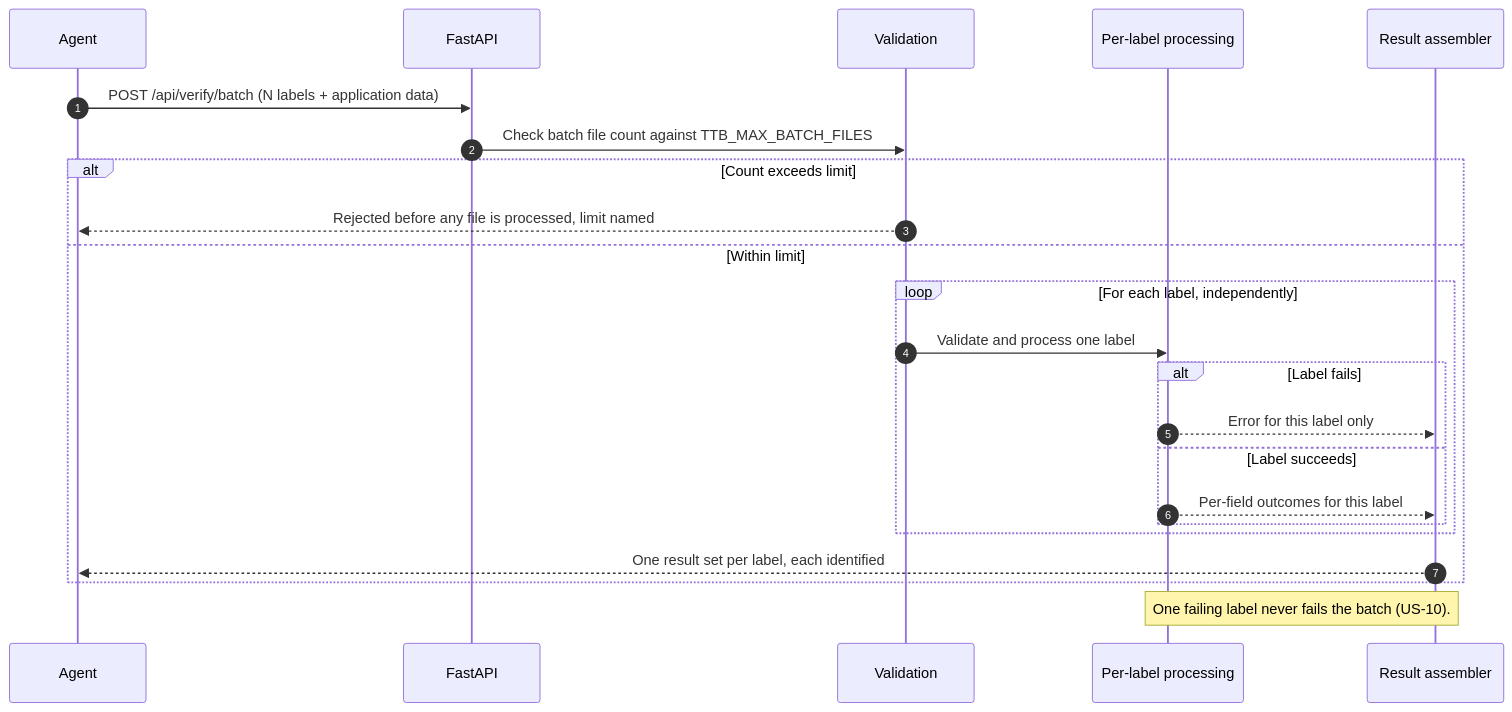
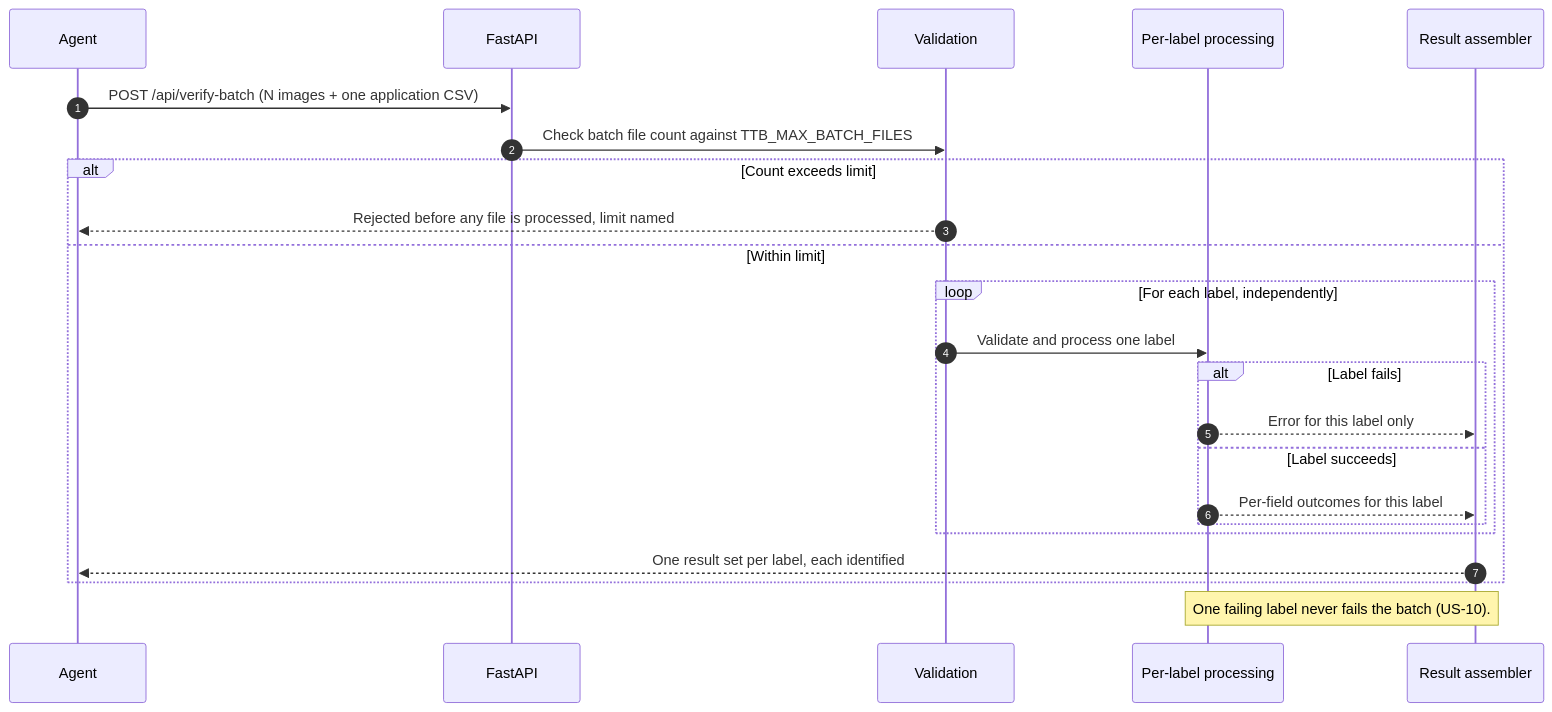
One commit to kimkight/26-DO-12891471-DH_T_ITS_AI_THT changed the fourth of 4 diagrams in docs/05_ARCHITECTURE.md. Above: the diagram before and after it, drawn with Mermaid. The commit also changed other lines of this file and 16 other files, not shown here.

````diff
--- a/docs/05_ARCHITECTURE.md
+++ b/docs/05_ARCHITECTURE.md
@@ -122,26 +122,26 @@
 ```mermaid
 sequenceDiagram
     autonumber
     participant A as Agent
     participant API as FastAPI
     participant V as Validation
     participant W as Per-label processing
     participant R as Result assembler
 
-    A->>API: POST /api/verify/batch (N labels + application data)
+    A->>API: POST /api/verify-batch (N images + one application CSV)
     API->>V: Check batch file count against TTB_MAX_BATCH_FILES
     alt Count exceeds limit
         V-->>A: Rejected before any file is processed, limit named
     else Within limit
         loop For each label, independently
             V->>W: Validate and process one label
             alt Label fails
                 W-->>R: Error for this label only
             else Label succeeds
                 W-->>R: Per-field outcomes for this label
             end
         end
         R-->>A: One result set per label, each identified
     end
     Note over W,R: One failing label never fails the batch (US-10).
 ```
````
